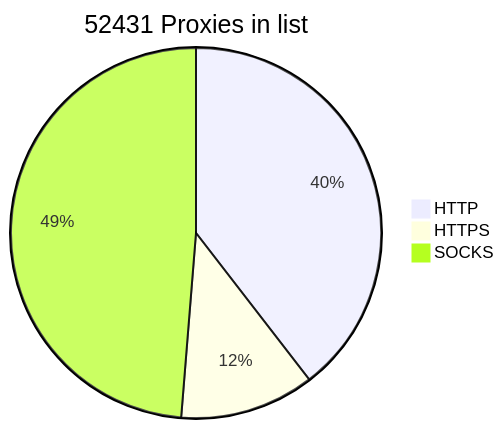
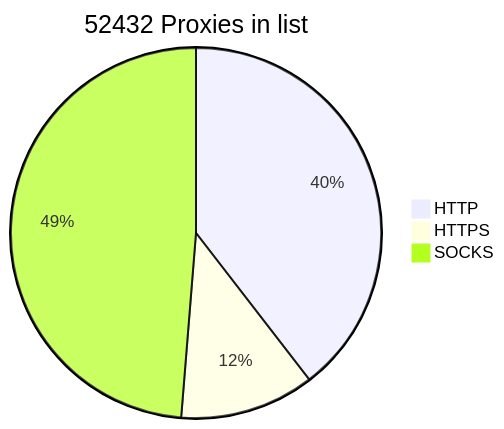
The diagram in README.md (BlackSnowDot/proxylist-update-every-minute), drawn with Mermaid before and after one commit.

````diff
--- a/README.md
+++ b/README.md
@@ -2,6 +2,6 @@
 ```mermaid
-pie title 52431 Proxies in list
+pie title 52432 Proxies in list
     "HTTP" : 23099
     "HTTPS": 6866
-    "SOCKS" : 28472
+    "SOCKS" : 28473
 ```
````
